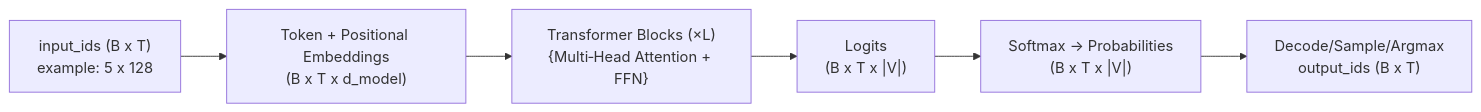
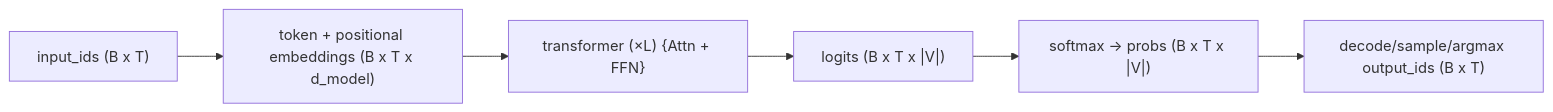
One commit to aarnphm/aarnphm.github.io changed the diagram in content/thoughts/Transformers.md. Above: the diagram before and after it, drawn with Mermaid. The commit also changed other lines of this file and 23 other files, not shown here.

````diff
--- a/content/thoughts/Transformers.md
+++ b/content/thoughts/Transformers.md
@@ -28,8 +28,8 @@
 ```mermaid
 flowchart LR
-  A["input_ids (B x T)\nexample: 5 x 128"] --> B["Token + Positional Embeddings\n(B x T x d_model)"]
-  B --> C["Transformer Blocks (×L)\n{Multi‑Head Attention + FFN}"]
-  C --> D["Logits\n(B x T x |V|)"]
-  D --> E["Softmax → Probabilities\n(B x T x |V|)"]
-  E --> F["Decode/Sample/Argmax\noutput_ids (B x T)"]
+  A["input_ids (B x T)"] --> B["token + positional embeddings (B x T x d_model)"]
+  B --> C["transformer (×L) {Attn + FFN}"]
+  C --> D["logits (B x T x |V|)"]
+  D --> E["softmax → probs (B x T x |V|)"]
+  E --> F["decode/sample/argmax output_ids (B x T)"]
 ```
````
